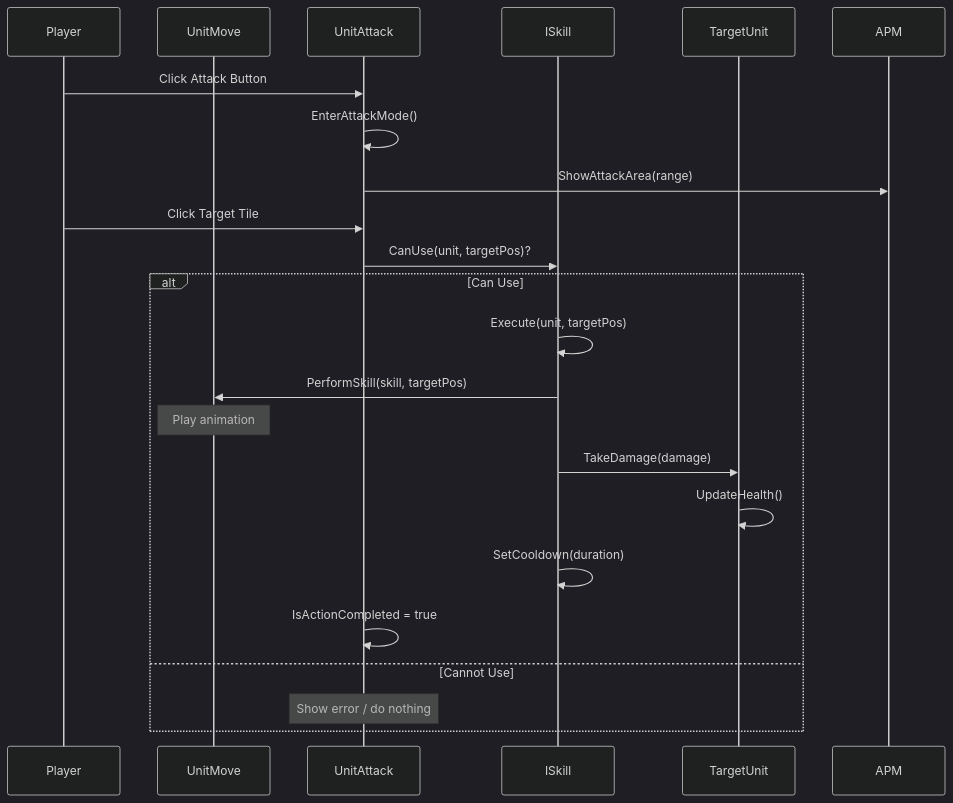
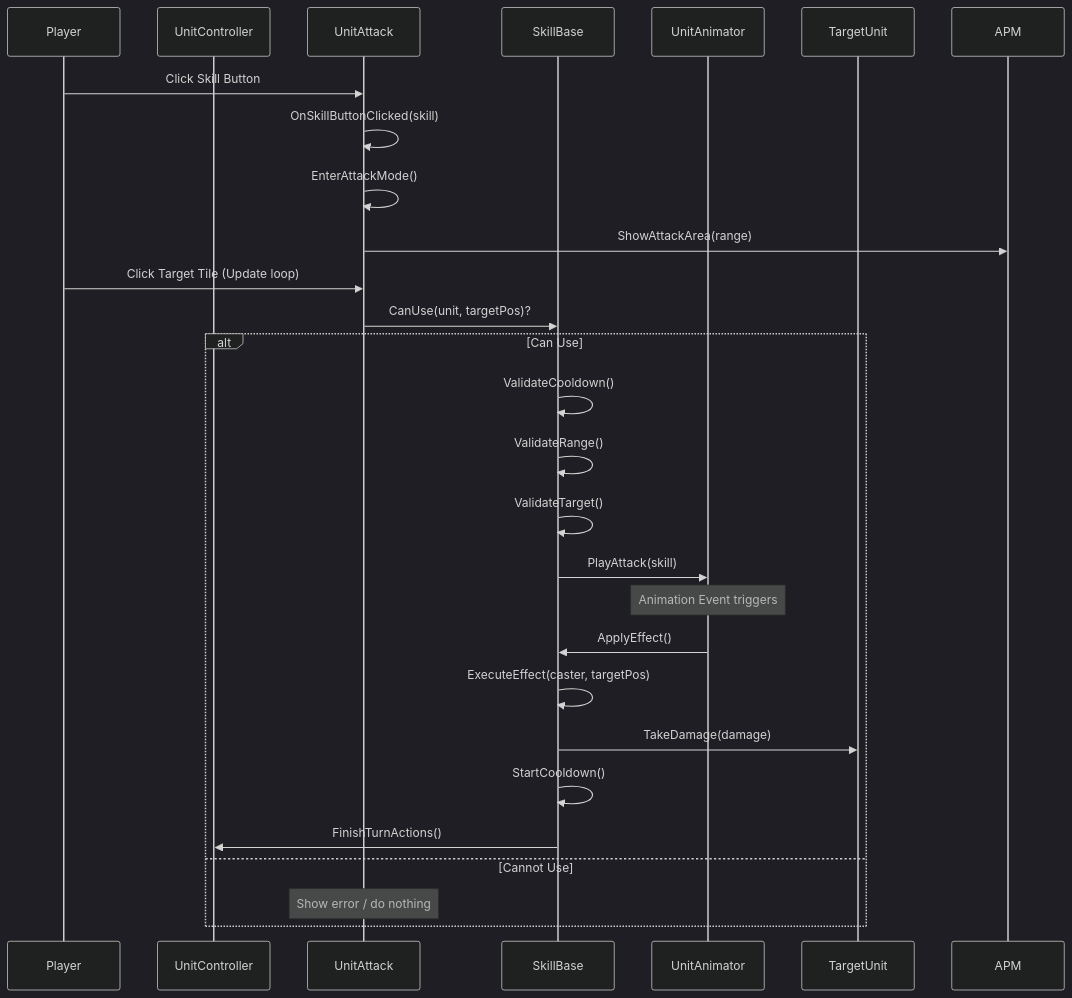
The fifth of 8 diagrams in Assets/Docs/Systems docs/Core_Gameloop_System.md (manhtruong594/turnbased_2025), drawn with Mermaid (dark theme) before and after one commit. The commit also changed other lines of this file and 74 other files, not shown here.

````diff
--- a/Assets/Docs/Systems docs/Core_Gameloop_System.md
+++ b/Assets/Docs/Systems docs/Core_Gameloop_System.md
@@ -287,26 +328,31 @@
 ```mermaid
 sequenceDiagram
     participant Player
-    participant Unit as UnitMove
+    participant Unit as UnitController
     participant UA as UnitAttack
-    participant Skill as ISkill
+    participant Skill as SkillBase
+    participant Anim as UnitAnimator
     participant Target as TargetUnit
     
-    Player->>UA: Click Attack Button
+    Player->>UA: Click Skill Button
+    UA->>UA: OnSkillButtonClicked(skill)
     UA->>UA: EnterAttackMode()
     UA->>APM: ShowAttackArea(range)
     
-    Player->>UA: Click Target Tile
+    Player->>UA: Click Target Tile (Update loop)
     UA->>Skill: CanUse(unit, targetPos)?
     alt Can Use
-        Skill->>Skill: Execute(unit, targetPos)
-        Skill->>Unit: PerformSkill(skill, targetPos)
-        Note over Unit: Play animation
+        Skill->>Skill: ValidateCooldown()
+        Skill->>Skill: ValidateRange()
+        Skill->>Skill: ValidateTarget()
+        Skill->>Anim: PlayAttack(skill)
+        Note over Anim: Animation Event triggers
+        Anim->>Skill: ApplyEffect()
+        Skill->>Skill: ExecuteEffect(caster, targetPos)
         Skill->>Target: TakeDamage(damage)
-        Target->>Target: UpdateHealth()
-        Skill->>Skill: SetCooldown(duration)
-        UA->>UA: IsActionCompleted = true
+        Skill->>Skill: StartCooldown()
+        Skill->>Unit: FinishTurnActions()
     else Cannot Use
         Note over UA: Show error / do nothing
     end
 ```
````
